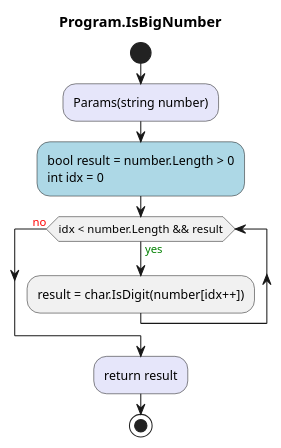
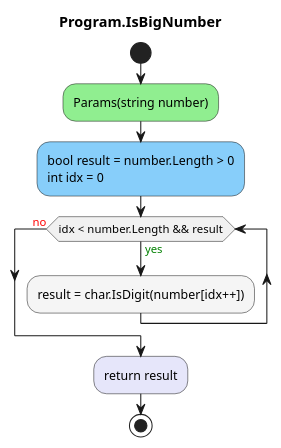
Before and after one commit to leoggehrer/2324-34_ABIF_ACIF_POSE: the diagram in AddBigInteger.ConApp/diagrams/ac_Program_IsBigNumber.puml, drawn with PlantUML. The commit also changed 11 other files, not shown here.

Commit message:
Tested sequence diagrams.

```diff
--- a/AddBigInteger.ConApp/diagrams/ac_Program_IsBigNumber.puml
+++ b/AddBigInteger.ConApp/diagrams/ac_Program_IsBigNumber.puml
@@ -1,12 +1,12 @@
 @startuml Program.IsBigNumber
 title Program.IsBigNumber
 start
-#Lavender:Params(string number);
-#LightBlue:bool result = number.Length > 0
+#LightGreen:Params(string number);
+#LightSkyBlue:bool result = number.Length > 0
 int idx = 0;
 while (idx < number.Length && result) is (<color:green>yes)
-    :result = char.IsDigit(number[idx++]);
+    #WhiteSmoke:result = char.IsDigit(number[idx++]);
 endwhile (<color:red>no)
 #Lavender:return result;
 stop
 @enduml
```
